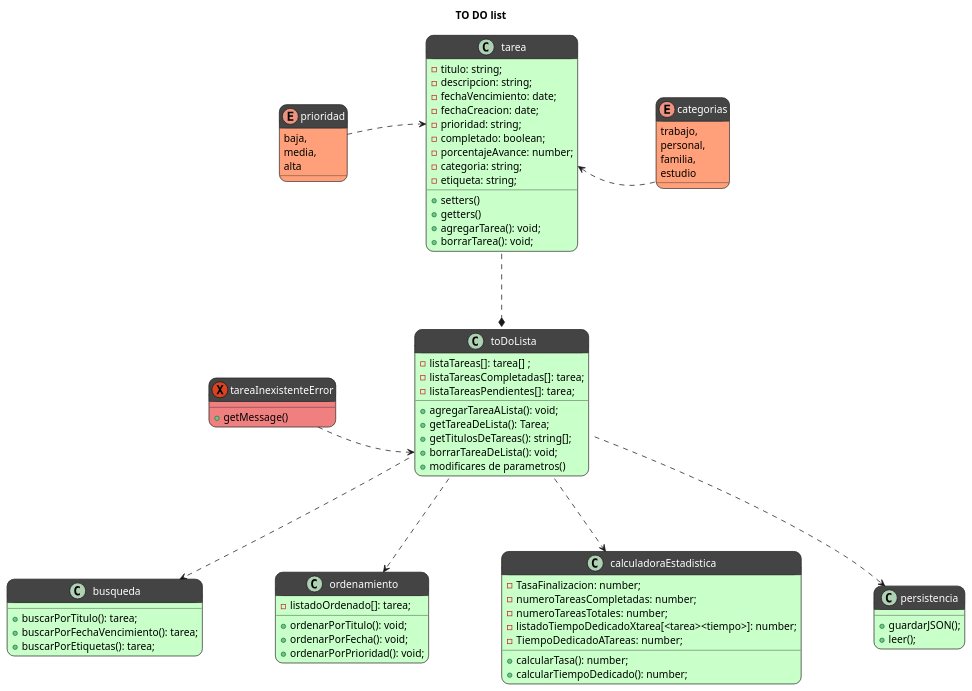
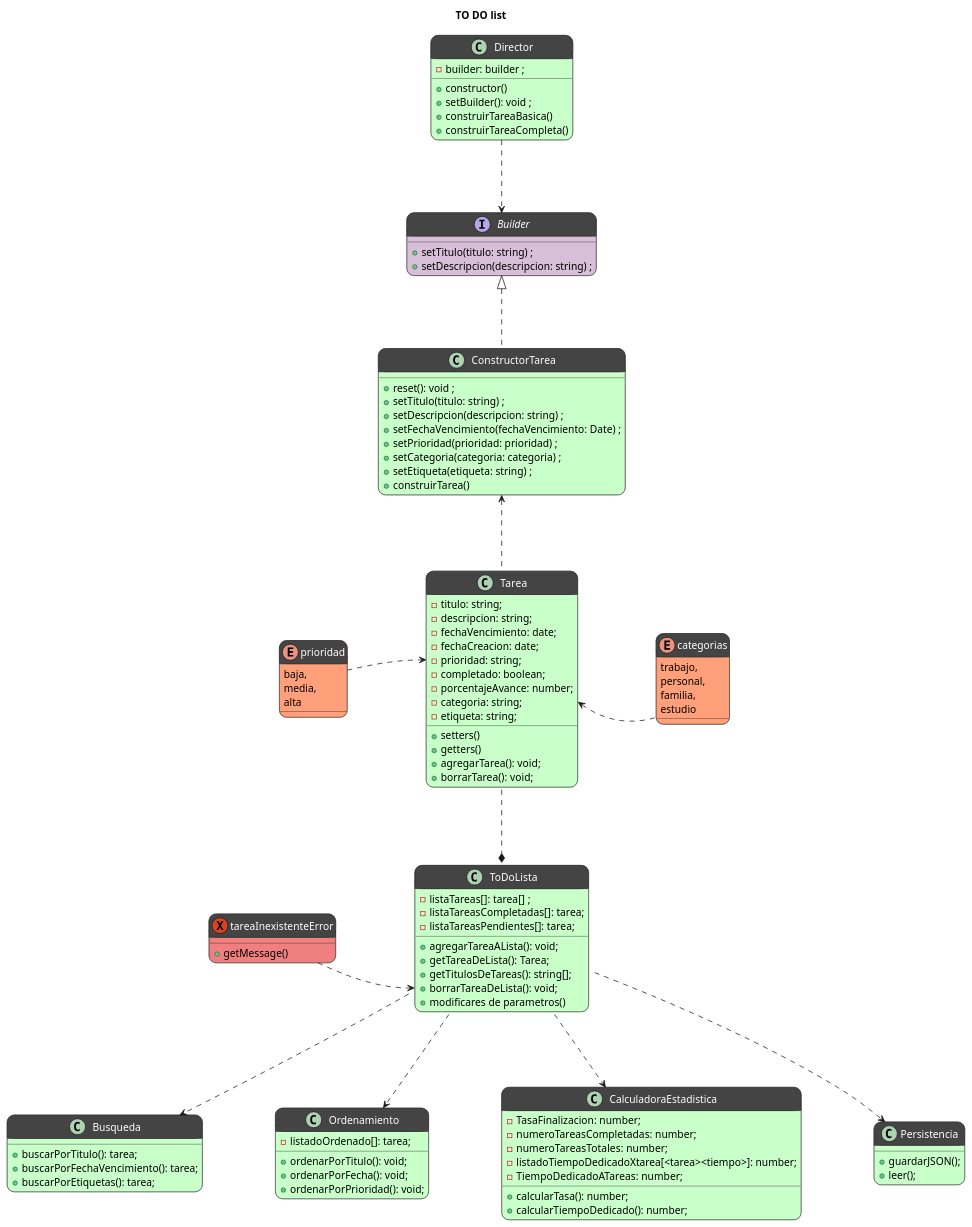
The diagram in docs/diagramas/diagrama.puml (FrancoLuduena-dev/To-DO-list), drawn with PlantUML before and after one commit. The commit also changed 6 other files, not shown here.

Commit message:
Comenze a implementar patron de diseño Builder para evitar sobrecargas en el constructor de tarea

```diff
--- a/docs/diagramas/diagrama.puml
+++ b/docs/diagramas/diagrama.puml
@@ -1,114 +1,141 @@
 @startuml diagrama clases
 title TO DO list
 
-
-class toDoLista #TECHNOLOGY;header:444{
-    - listaTareas[]: tarea[] ;
-    - listaTareasCompletadas[]: tarea;
-    - listaTareasPendientes[]: tarea;
-    + agregarTareaALista(): void;
-    + getTareaDeLista(): Tarea;
-    + getTitulosDeTareas(): string[];
-    + borrarTareaDeLista(): void;
-    + modificares de parametros()
+interface Builder #Thistle;header:444{
+    +setTitulo(titulo: string) ;
+    +setDescripcion(descripcion: string) ;
 }
 
 
-class tarea #TECHNOLOGY;header:444{
+class Tarea #TECHNOLOGY;header:444{
     - titulo: string;
     - descripcion: string;
     - fechaVencimiento: date;
     - fechaCreacion: date;
-    ' Para hacer la estadistica de cuanto tiempo se tardo, comparando con fecha actual
     - prioridad: string;
     - completado: boolean;
     - porcentajeAvance: number;
     - categoria: string;
     - etiqueta: string;
     + setters()
     + getters()
     + agregarTarea(): void;
     + borrarTarea(): void;
+}
+
+class ConstructorTarea #TECHNOLOGY;header:444 implements Builder {
+    +reset(): void ;
+    +setTitulo(titulo: string) ;
+    +setDescripcion(descripcion: string) ;
+    +setFechaVencimiento(fechaVencimiento: Date) ;
+    +setPrioridad(prioridad: prioridad) ;
+    +setCategoria(categoria: categoria) ;
+    +setEtiqueta(etiqueta: string) ;
+    +construirTarea()
+}
+
+class Director #TECHNOLOGY;header:444{
+    -builder: builder ;
+    +constructor()
+    +setBuilder(): void ;
+    +construirTareaBasica() 
+    'este solo pediria el setTitulo y setDescripcion
+    +construirTareaCompleta()
+    'Este tendria los sets de cada paso
 }
 
 enum prioridad #LightSalmon;header:444{
     baja, 
     media,
     alta
 }
 
 enum categorias #LightSalmon;header:444{
     trabajo, 
     personal, 
     familia, 
     estudio
 }
 
-class busqueda #TECHNOLOGY;header:444{
+
+class ToDoLista #TECHNOLOGY;header:444{
+    - listaTareas[]: tarea[] ;
+    - listaTareasCompletadas[]: tarea;
+    - listaTareasPendientes[]: tarea;
+    + agregarTareaALista(): void;
+    + getTareaDeLista(): Tarea;
+    + getTitulosDeTareas(): string[];
+    + borrarTareaDeLista(): void;
+    + modificares de parametros()
+}
+
+class Busqueda #TECHNOLOGY;header:444{
     + buscarPorTitulo(): tarea;
     + buscarPorFechaVencimiento(): tarea;
     + buscarPorEtiquetas(): tarea;
 }
 
-class ordenamiento #TECHNOLOGY;header:444{
+class Ordenamiento #TECHNOLOGY;header:444{
     - listadoOrdenado[]: tarea;
     + ordenarPorTitulo(): void;
     + ordenarPorFecha(): void;
     + ordenarPorPrioridad(): void;
 }
 
-class calculadoraEstadistica #TECHNOLOGY;header:444{
+class CalculadoraEstadistica #TECHNOLOGY;header:444{
     - TasaFinalizacion: number;
     - numeroTareasCompletadas: number;
     - numeroTareasTotales: number;
     - listadoTiempoDedicadoXtarea[<tarea><tiempo>]: number;
     'esto serviria si hacemos algunas estadisticas que sean algo asi como "promedio de tiempo para resolucion de tareas", o "tiempo dedicado a X categoria / etiqueta", sino yo pondria
     - TiempoDedicadoATareas: number;
     'este simplemente sumaria el tiempo desde la creacion de la tarea hasta ahora. Tambien se puede separar en tiempo dedicado a teareas completadas y tiempo dedicado a tareas no completadas
     + calcularTasa(): number;
     + calcularTiempoDedicado(): number;
 }
 
-class persistencia #TECHNOLOGY;header:444{
+class Persistencia #TECHNOLOGY;header:444{
     + guardarJSON();
     + leer();
 }
 
 exception tareaInexistenteError #LightCoral;header:444{
     + getMessage()
 }
 
 'relaciones
 skinparam ranksep 100
 'cambia el largo de las flechas
 skinparam nodesep 100
 'cambia la distancia entre los cuadrados
-prioridad .r.> tarea::prioridad
-categorias .l.> tarea::categoria
-tarea ..* toDoLista 
-toDoLista::borrarTareaDeLista <.l. tareaInexistenteError 
-toDoLista .d.> calculadoraEstadistica
-toDoLista .d.> busqueda
-toDoLista .d.> ordenamiento
-toDoLista .d.> persistencia
+Tarea .u.> ConstructorTarea
+Director ..> Builder
+prioridad .r.> Tarea::prioridad
+categorias .l.> Tarea::categoria
+Tarea ..* ToDoLista 
+ToDoLista::borrarTareaDeLista <.l. tareaInexistenteError 
+ToDoLista .d.> CalculadoraEstadistica
+ToDoLista .d.> Busqueda
+ToDoLista .d.> Ordenamiento
+ToDoLista .d.> Persistencia
 
 
 
 'notas
 
 'diseño
 /'
 clase: #TECHNOLOGY;header:444
 clase: abstracta #LightCyan;header:444
 interfaz: #Thistle;header:444
 enums: #LightSalmon;header:444
 excepciones: #LightCoral;header:444
 '/
 skinparam roundcorner 20
 'cambia las esquinas de las clases para hacerlas mas redondeadas
 skinparam classFontColor automatic
 'cambia el color de fuente de todas las clases asi se ve en blanco sobre el fondo oscuro.
 
 
 
 @enduml
```
